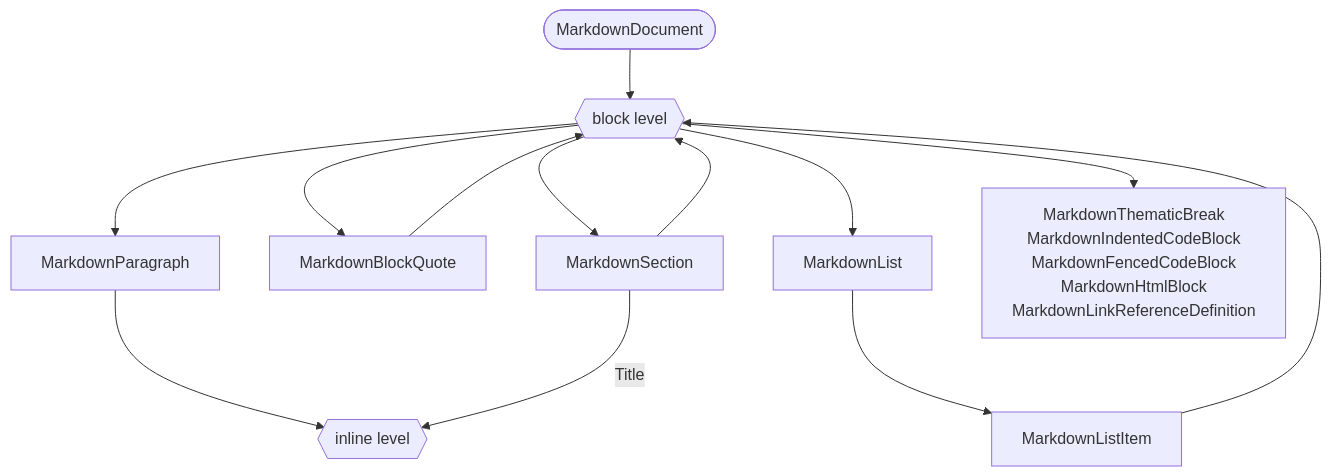
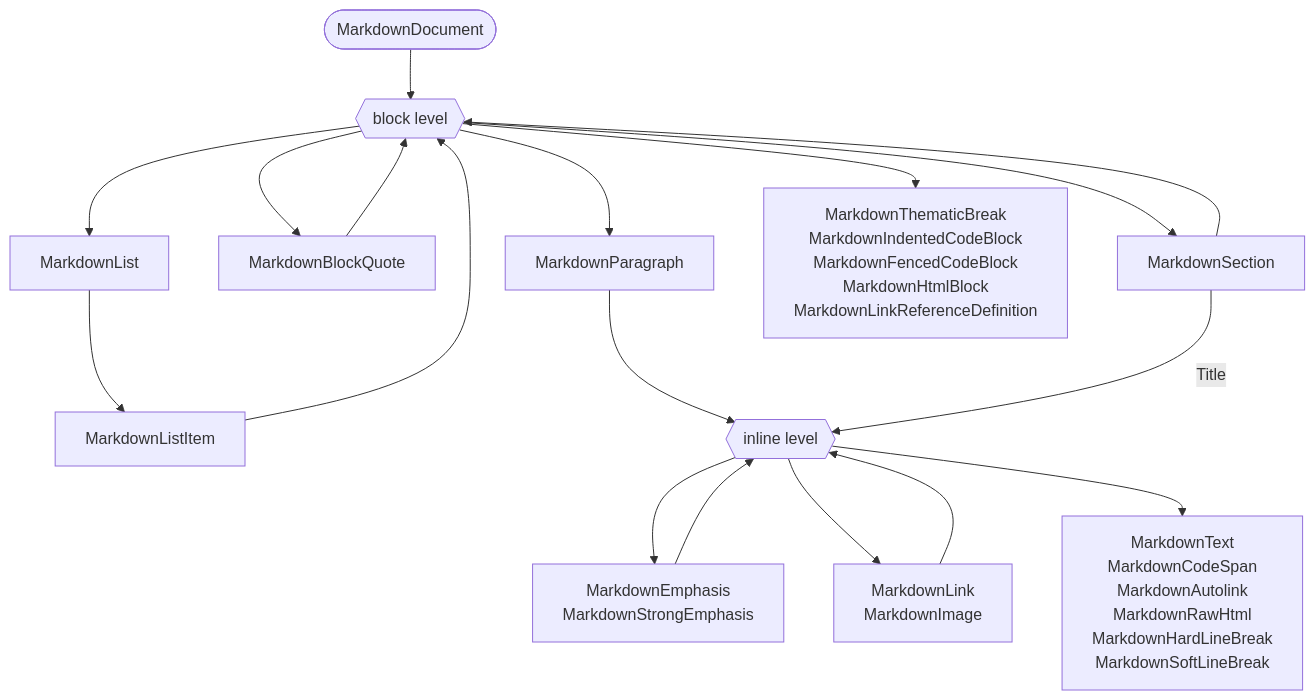
The first of 3 diagrams in docs/markdown-object-model/design.md (PSModule/Markdown), drawn with Mermaid before and after one commit. The commit also changed other lines of this file, not shown here.

First line of the commit message:
Move the node schema from the Epic into the design

````diff
--- a/docs/markdown-object-model/design.md
+++ b/docs/markdown-object-model/design.md
@@ -43,18 +43,25 @@
 ```mermaid
 flowchart TD
     Doc(["MarkdownDocument"]) --> BL{{"block level"}}
 
     BL --> SE["MarkdownSection"]
     BL --> BQ["MarkdownBlockQuote"]
     BL --> LS["MarkdownList"]
     BL --> PA["MarkdownParagraph"]
     BL --> LFB["MarkdownThematicBreak<br>MarkdownIndentedCodeBlock<br>MarkdownFencedCodeBlock<br>MarkdownHtmlBlock<br>MarkdownLinkReferenceDefinition"]
 
     SE --> BL
     BQ --> BL
     LS --> LI["MarkdownListItem"]
     LI --> BL
 
     PA --> IL{{"inline level"}}
     SE -->|Title| IL
+
+    IL --> EM["MarkdownEmphasis<br>MarkdownStrongEmphasis"]
+    IL --> LK["MarkdownLink<br>MarkdownImage"]
+    IL --> LFI["MarkdownText<br>MarkdownCodeSpan<br>MarkdownAutolink<br>MarkdownRawHtml<br>MarkdownHardLineBreak<br>MarkdownSoftLineBreak"]
+
+    EM --> IL
+    LK --> IL
 ```
````
